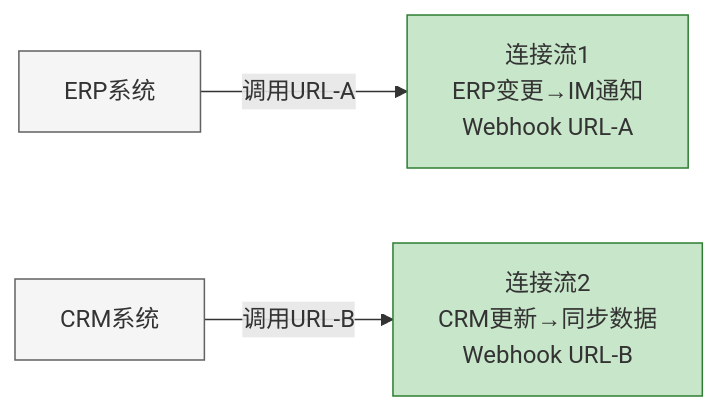
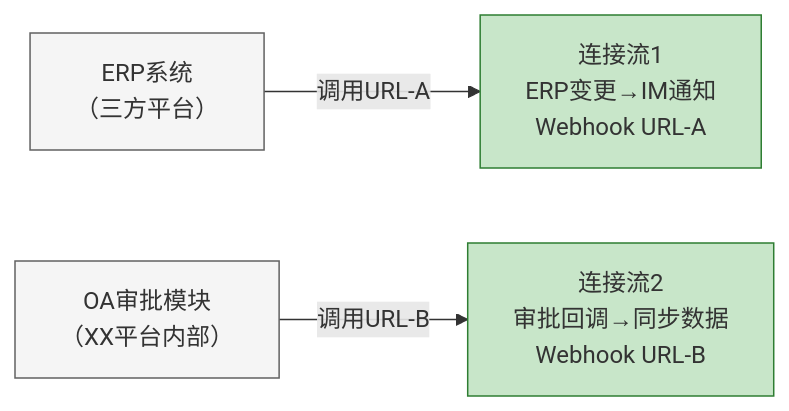
The sixth of 13 diagrams in .sddu/specs-tree-root/specs-tree-connector-platform/discovery-report.md (THZSummer/open-app), drawn with Mermaid before and after one commit. The commit also changed other lines of this file, not shown here.

Commit message:
fix: Webhook触发不限于三方平台，XX平台内部模块也可触发

````diff
--- a/.sddu/specs-tree-root/specs-tree-connector-platform/discovery-report.md
+++ b/.sddu/specs-tree-root/specs-tree-connector-platform/discovery-report.md
@@ -274,10 +274,10 @@
 ```mermaid
 flowchart LR
-    ERP["ERP系统"] -->|调用URL-A| F1["连接流1<br/>ERP变更→IM通知<br/>Webhook URL-A"]
-    CRM["CRM系统"] -->|调用URL-B| F2["连接流2<br/>CRM更新→同步数据<br/>Webhook URL-B"]
+    ERP["ERP系统<br/>（三方平台）"] -->|调用URL-A| F1["连接流1<br/>ERP变更→IM通知<br/>Webhook URL-A"]
+    OA["OA审批模块<br/>（XX平台内部）"] -->|调用URL-B| F2["连接流2<br/>审批回调→同步数据<br/>Webhook URL-B"]
 
     style ERP fill:#f5f5f5,stroke:#616161
-    style CRM fill:#f5f5f5,stroke:#616161
+    style OA fill:#f5f5f5,stroke:#616161
     style F1 fill:#c8e6c9,stroke:#2e7d32
     style F2 fill:#c8e6c9,stroke:#2e7d32
 ```
````
